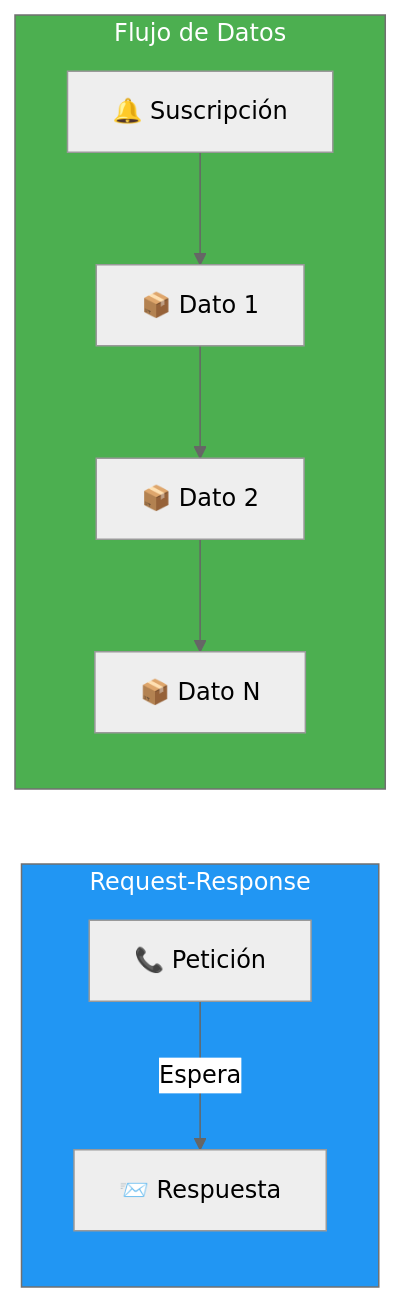
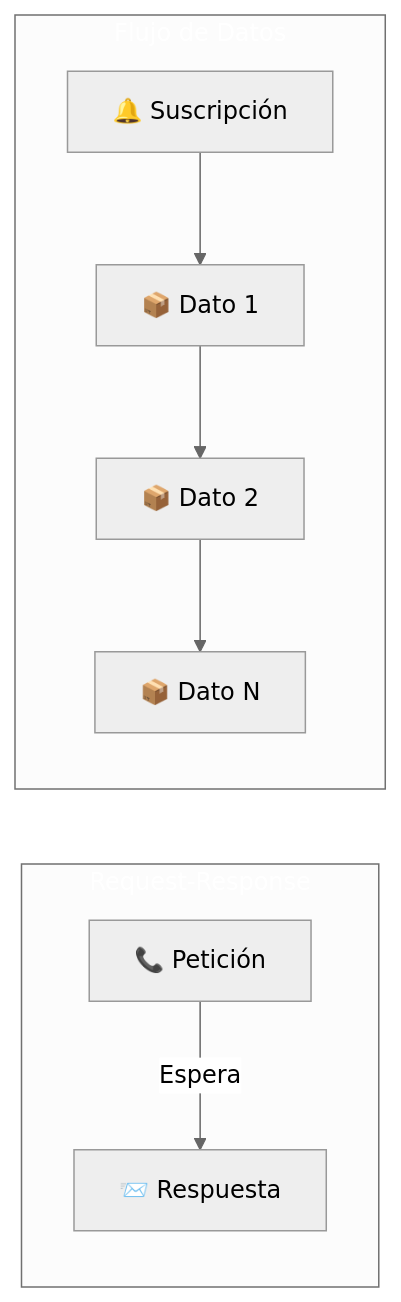
The first of 4 diagrams in 17-programacion-reactiva.md (joseluisgs/DesarrolloWebEntornosServidor-01-2026-2027), drawn with Mermaid (neutral theme) before and after one commit. The commit also changed other lines of this file and 66 other files, not shown here.

First line of the commit message:
fix: normalizar titulos al castellano de frase y corregir la paleta de mermaid

````diff
--- a/17-programacion-reactiva.md
+++ b/17-programacion-reactiva.md
@@ -30,15 +30,15 @@
 ```mermaid
 graph LR
     subgraph TRADICIONAL["Request-Response"]
         A["📞 Petición"] -->|"Espera"| B["📨 Respuesta"]
     end
 
     subgraph REACTIVO["Flujo de Datos"]
         C["🔔 Suscripción"] --> D["📦 Dato 1"]
         D --> E["📦 Dato 2"]
         E --> F["📦 Dato N"]
     end
 
-    style TRADICIONAL fill:#2196F3,color:#fff
-    style REACTIVO fill:#4CAF50,color:#fff
+    style TRADICIONAL fill:#2196F,color:#fff3,color:#fff
+    style REACTIVO fill:#4CAF5,color:#fff0,color:#fff
 ```
````
